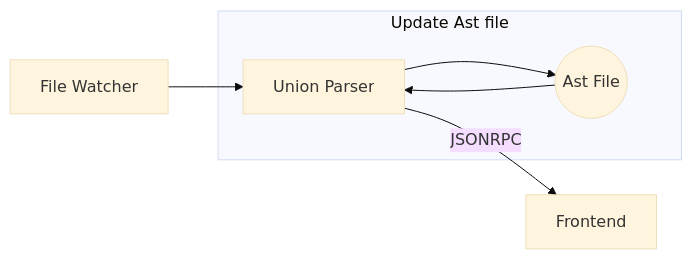
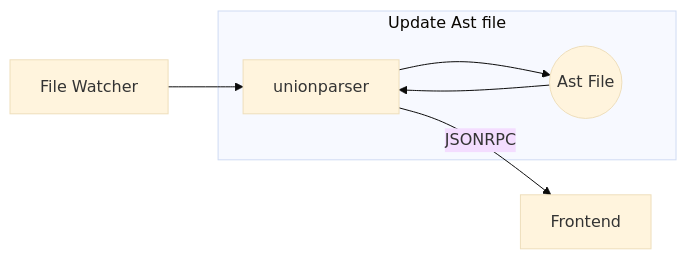
Before and after one commit to FunningC0217/UnionParser: the third of 5 diagrams in README.md, drawn with Mermaid (base theme). The commit also changed other lines of this file, not shown here.

````diff
--- a/README.md
+++ b/README.md
@@ -32,7 +32,7 @@
 ```mermaid
 graph LR;
-FW[File Watcher]-->UP[Union Parser]--JSONRPC-->A[Frontend]
+FW[File Watcher]-->UP[unionparser]--JSONRPC-->A[Frontend]
 subgraph Update Ast file
 UP-->AST((Ast File))-->UP
 end
 ```
````
